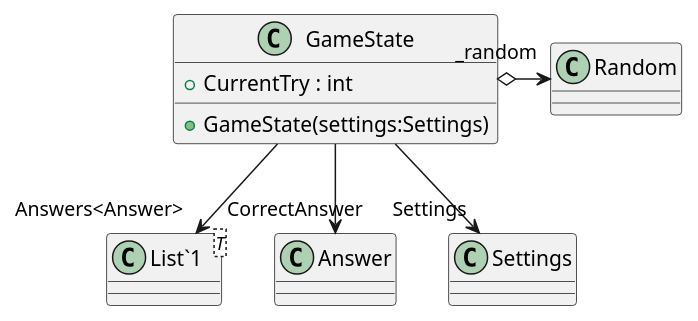
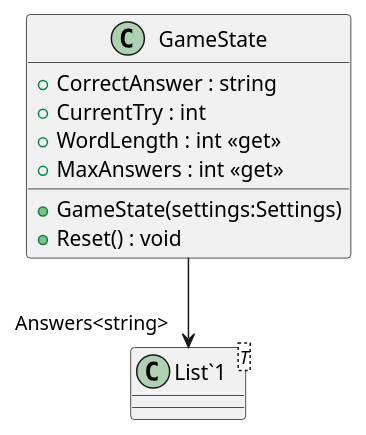
The diagram in PlantUML/Model/GameState.puml (Caellian/UNIRI_OP_project), drawn with PlantUML before and after one commit. The commit also changed 17 other files, not shown here.

```diff
--- a/PlantUML/Model/GameState.puml
+++ b/PlantUML/Model/GameState.puml
@@ -1,12 +1,13 @@
 @startuml
 class GameState {
+    + CorrectAnswer : string
     + CurrentTry : int
+    + WordLength : int <<get>>
+    + MaxAnswers : int <<get>>
     + GameState(settings:Settings)
+    + Reset() : void
 }
 class "List`1"<T> {
 }
-GameState --> "CorrectAnswer" Answer
-GameState --> "Answers<Answer>" "List`1"
-GameState --> "Settings" Settings
-GameState o-> "_random" Random
+GameState --> "Answers<string>" "List`1"
 @enduml
```
